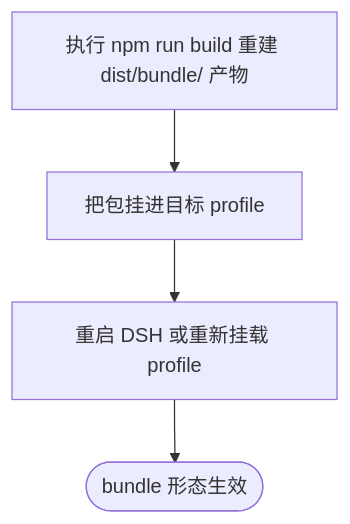
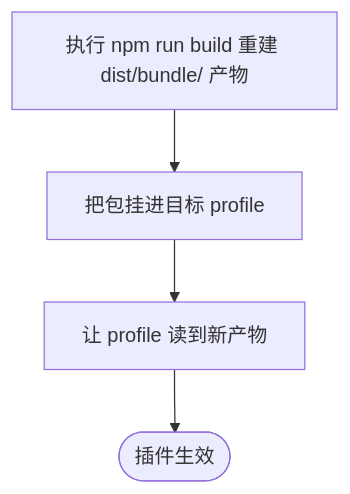
One commit to yunjies/knowledge-base changed the second of 2 diagrams in _meta/notes/doc-writing-standards/samples/source-to-plugin-flow.md. Above: the diagram before and after it, drawn with Mermaid. The commit also changed other lines of this file and 6 other files, not shown here.

````diff
--- a/_meta/notes/doc-writing-standards/samples/source-to-plugin-flow.md
+++ b/_meta/notes/doc-writing-standards/samples/source-to-plugin-flow.md
@@ -72,10 +51,10 @@
 ```mermaid
 flowchart TB
   BUNDLE_BUILD["执行 npm run build 重建 dist/bundle/ 产物"]
   BUNDLE_MOUNT["把包挂进目标 profile"]
-  BUNDLE_RELOAD["重启 DSH 或重新挂载 profile"]
-  BUNDLE_LIVE(["bundle 形态生效"])
+  BUNDLE_RELOAD["让 profile 读到新产物"]
+  BUNDLE_LIVE(["插件生效"])
   BUNDLE_BUILD --> BUNDLE_MOUNT
   BUNDLE_MOUNT --> BUNDLE_RELOAD
   BUNDLE_RELOAD --> BUNDLE_LIVE
 ```
````
